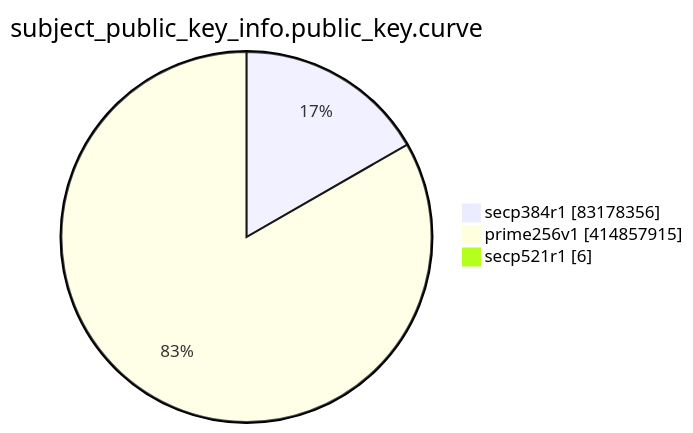
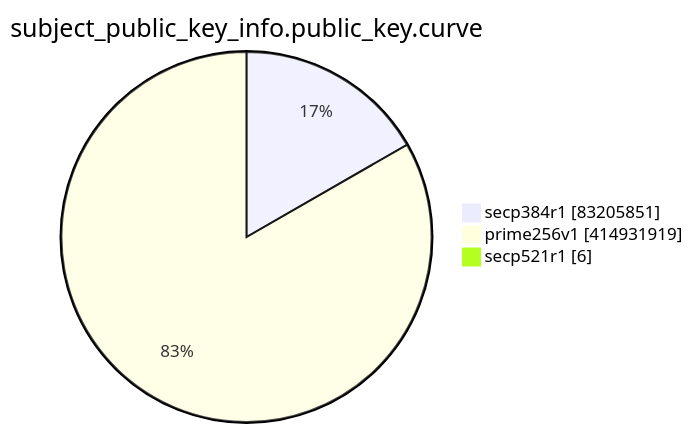
One commit to christiankrug/ctmonitor_visualization changed the eighth of 15 diagrams in TOTAL/README.md. Above: the diagram before and after it, drawn with Mermaid. The commit also changed other lines of this file, not shown here.

````diff
--- a/TOTAL/README.md
+++ b/TOTAL/README.md
@@ -3098,7 +3098,7 @@
 ```mermaid
 pie showData
 title subject_public_key_info.public_key.curve
-"secp384r1" :83178356
-"prime256v1" :414857915
+"secp384r1" :83205851
+"prime256v1" :414931919
 "secp521r1" :6
 ```
````
